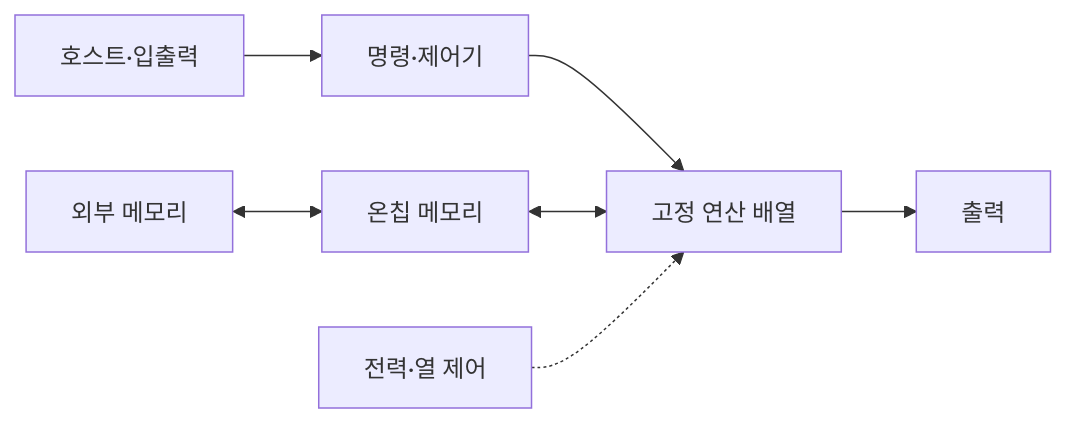
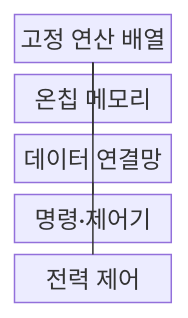
The first of 2 diagrams in src/content/docs/notes/08-latest-tech/144_asic_ai_acceleration.md (agnusdei1207/knowledge-base), drawn with Mermaid before and after one commit. The commit also changed other lines of this file and 23 other files, not shown here.

````diff
--- a/src/content/docs/notes/08-latest-tech/144_asic_ai_acceleration.md
+++ b/src/content/docs/notes/08-latest-tech/144_asic_ai_acceleration.md
@@ -52,9 +50,13 @@
 ```mermaid
-flowchart LR
-    H[호스트·입출력] --> C[명령·제어기]
-    C --> A[고정 연산 배열]
-    M[온칩 메모리] <--> A
-    E[외부 메모리] <--> M
-    A --> O[출력]
-    P[전력·열 제어] -.-> A
+block-beta
+  columns 1
+  A["고정 연산 배열"]
+  B["온칩 메모리"]
+  C["데이터 연결망"]
+  D["명령·제어기"]
+  E["전력 제어"]
+  A --- B
+  A --- C
+  C --- D
+  E --- A
 ```
````
